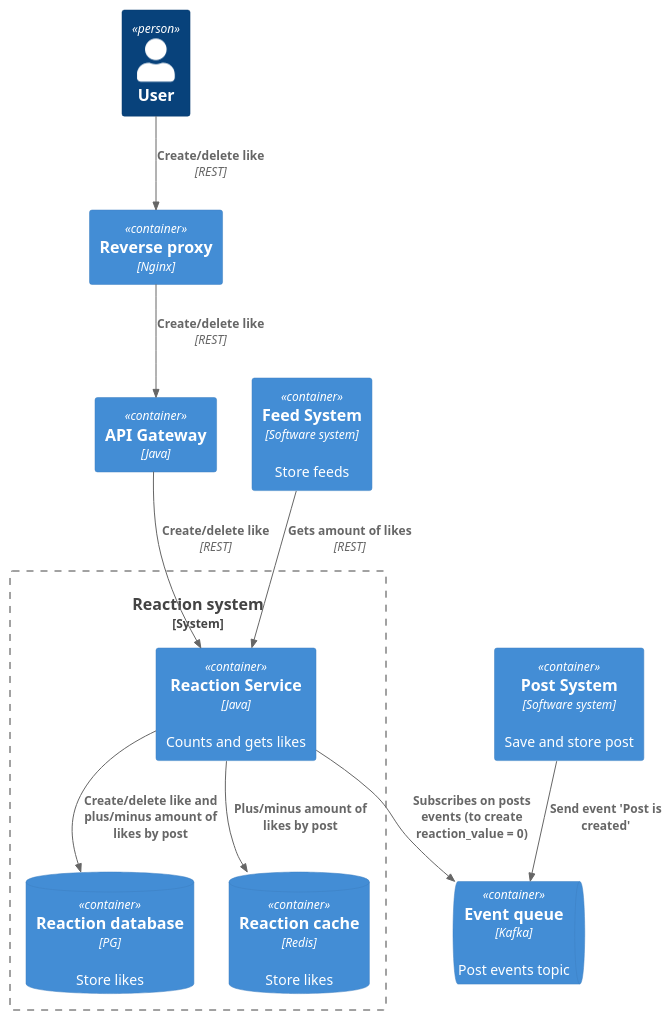
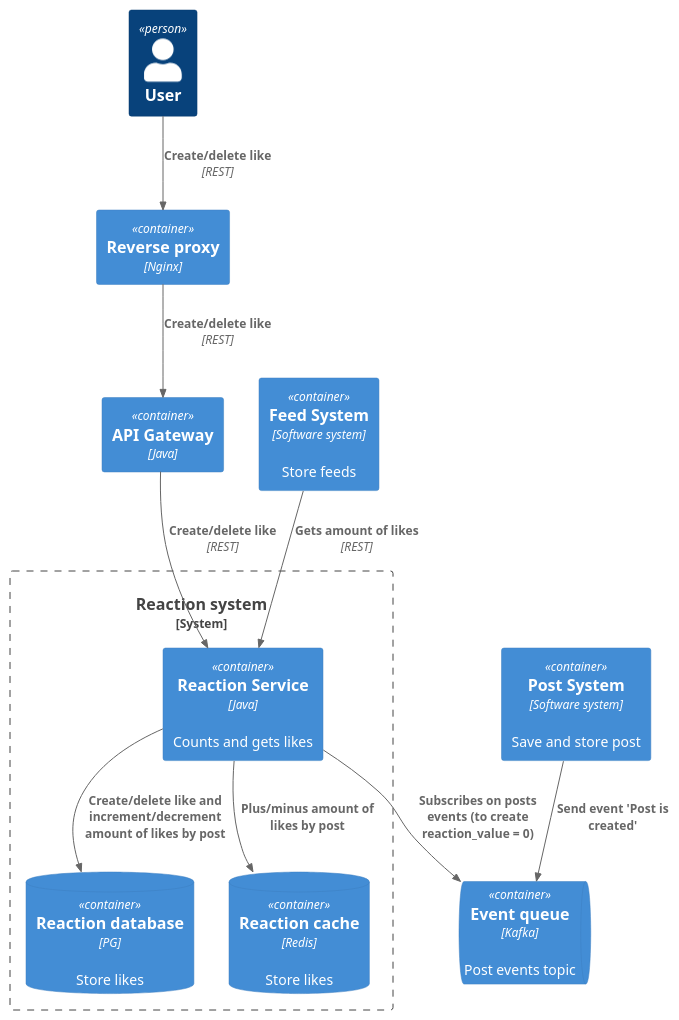
The diagram in architecture/reaction_system/container.puml (K0ncsss/-social_network_system_design), drawn with PlantUML before and after one commit. The commit also changed 6 other files, not shown here.

```diff
--- a/architecture/reaction_system/container.puml
+++ b/architecture/reaction_system/container.puml
@@ -1,28 +1,28 @@
 @startuml
 !include https://raw.githubusercontent.com/plantuml-stdlib/C4-PlantUML/master/C4_Container.puml
 
 Person(user, "User")
 Container(LB, "Reverse proxy", "Nginx", "")
 Container(api, "API Gateway", "Java")
 Container(api, "API Gateway", "Java")
 ContainerQueue(EventQ, "Event queue", "Kafka", "Post events topic")
 Container(PostSystem, "Post System", "Software system", "Save and store post")
 Container(FeedSystem, "Feed System", "Software system", "Store feeds")
 
 
 System_Boundary(ReactionSystem, "Reaction system") {
 Container(ReactionService, "Reaction Service", "Java", "Counts and gets likes")
 ContainerDb(ReactionDbP, "Reaction database", "PG", "Store likes")
 ContainerDb(ReactionDb, "Reaction cache", "Redis", "Store likes")
 }
 
 
 Rel(user, LB, "Create/delete like", "REST")
 Rel(LB, api, "Create/delete like", "REST")
 Rel(api, ReactionService, "Create/delete like", "REST")
-Rel(ReactionService, ReactionDbP, "Create/delete like and plus/minus amount of likes by post")
+Rel(ReactionService, ReactionDbP, "Create/delete like and increment/decrement amount of likes by post")
 Rel(ReactionService, ReactionDb, "Plus/minus amount of likes by post")
 Rel(ReactionService, EventQ, "Subscribes on posts events (to create reaction_value = 0)")
 Rel(PostSystem, EventQ, "Send event 'Post is created'")
 Rel(FeedSystem, ReactionService, "Gets amount of likes", "REST")
 @enduml
```
